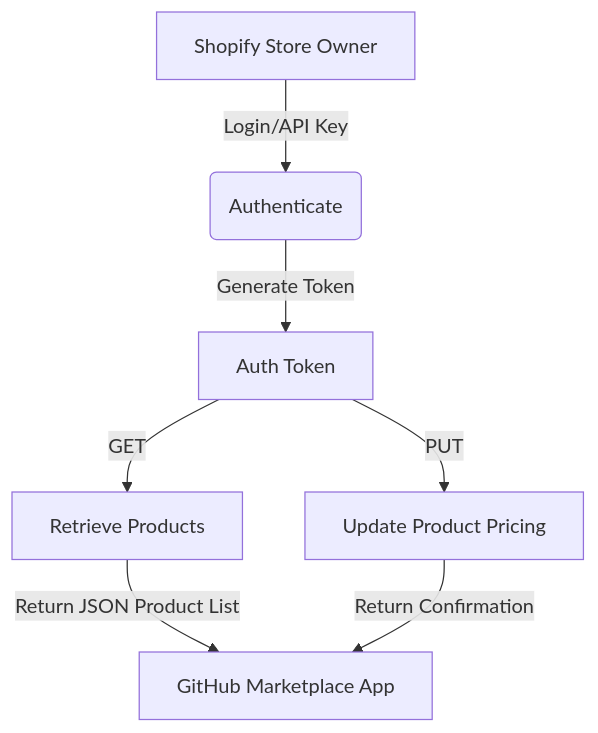
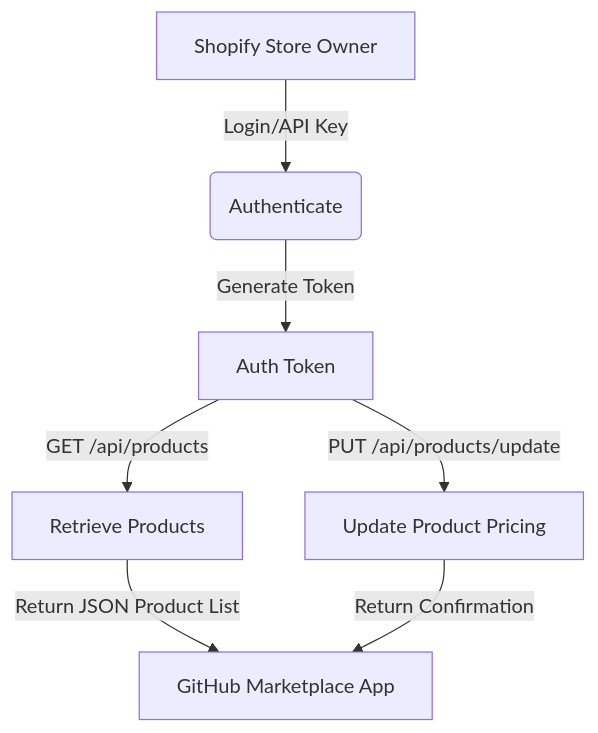
Before and after one commit to emcdo411/shopify-api-test-plan: the diagram in README.md, drawn with Mermaid.

````diff
--- a/README.md
+++ b/README.md
@@ -23,9 +23,9 @@
 ```mermaid
 graph TD
     A[Shopify Store Owner] -->|Login/API Key| B(Authenticate)
     B -->|Generate Token| C[Auth Token]
-    C -->|GET| D[Retrieve Products]
-    C -->|PUT| E[Update Product Pricing]
+    C -->|GET /api/products| D[Retrieve Products]
+    C -->|PUT /api/products/update| E[Update Product Pricing]
     D -->|Return JSON Product List| F[GitHub Marketplace App]
     E -->|Return Confirmation| F
 ```
````
